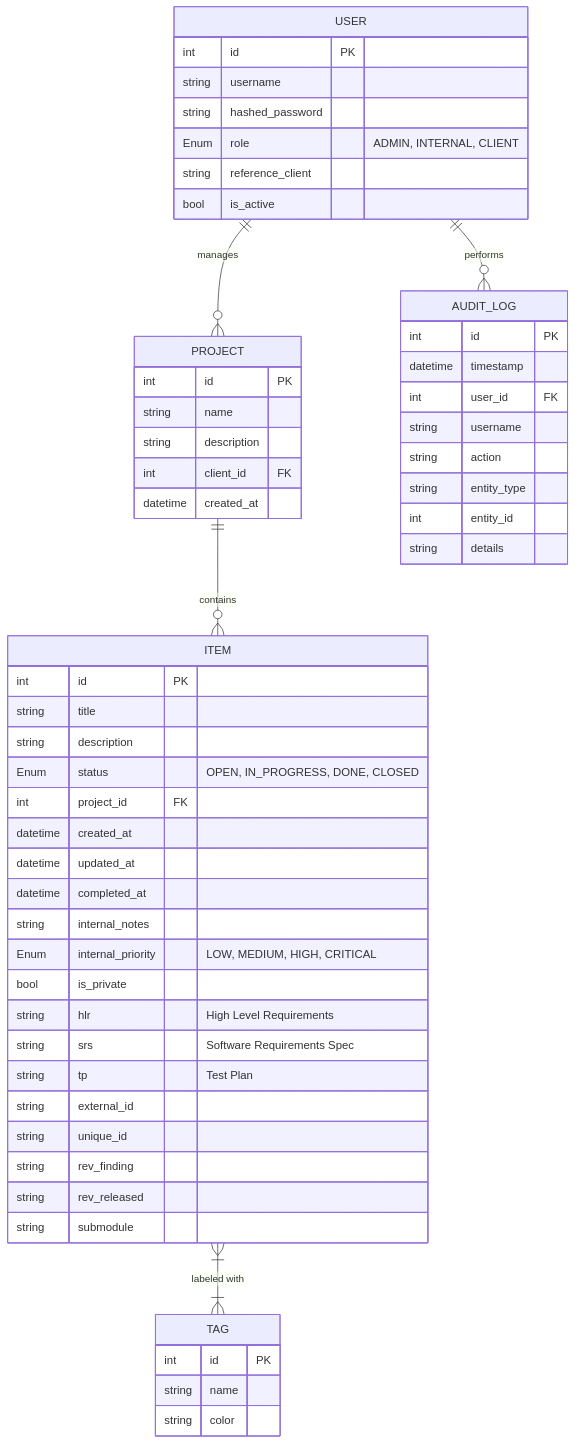
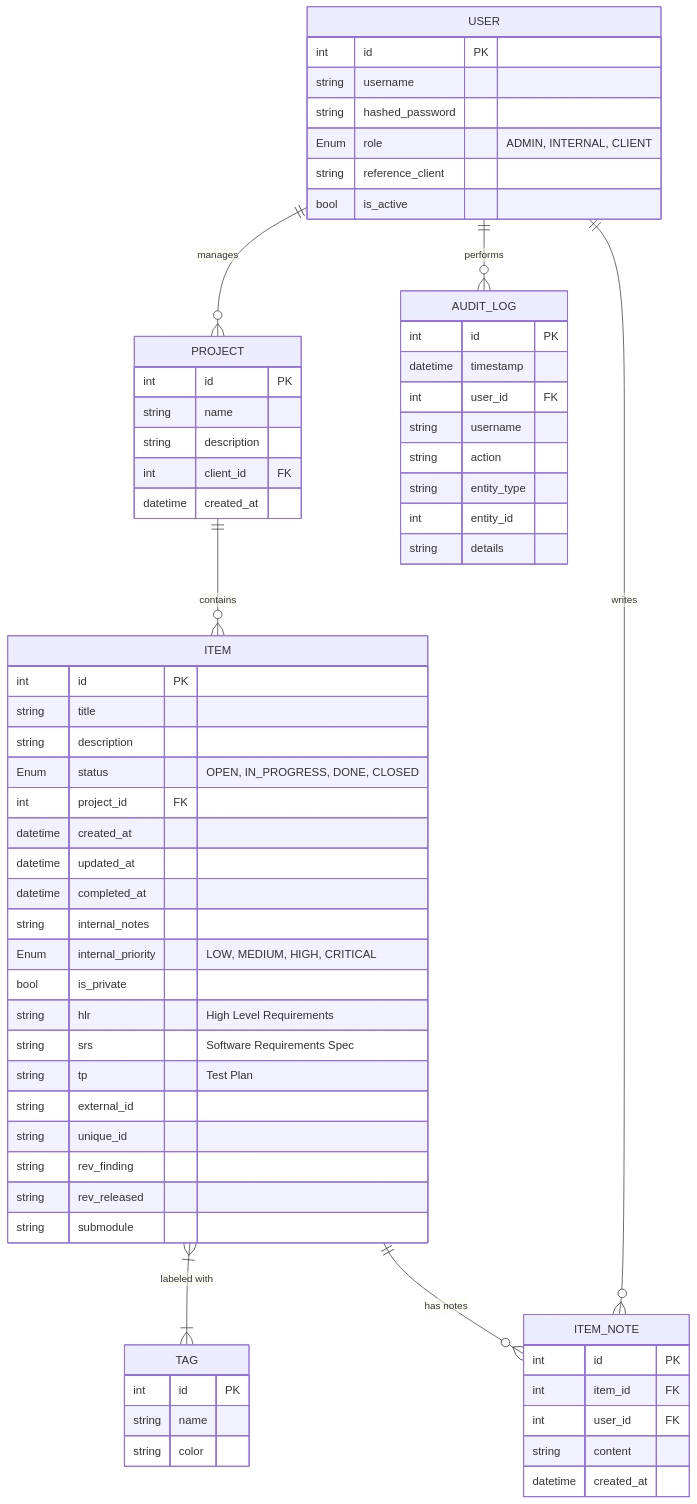
One commit to luca8744/IcebergPM changed the diagram in DB_SCHEMA.md. Above: the diagram before and after it, drawn with Mermaid. The commit also changed other lines of this file and 9 other files, not shown here.

````diff
--- a/DB_SCHEMA.md
+++ b/DB_SCHEMA.md
@@ -7,63 +7,73 @@
 ```mermaid
 erDiagram
     USER ||--o{ PROJECT : "manages"
     USER ||--o{ AUDIT_LOG : "performs"
     PROJECT ||--o{ ITEM : "contains"
     ITEM }|--|{ TAG : "labeled with"
+    ITEM ||--o{ ITEM_NOTE : "has notes"
+    USER ||--o{ ITEM_NOTE : "writes"
     
     USER {
         int id PK
         string username
         string hashed_password
         Enum role "ADMIN, INTERNAL, CLIENT"
         string reference_client
         bool is_active
     }
 
     PROJECT {
         int id PK
         string name
         string description
         int client_id FK
         datetime created_at
     }
 
     ITEM {
         int id PK
         string title
         string description
         Enum status "OPEN, IN_PROGRESS, DONE, CLOSED"
         int project_id FK
         datetime created_at
         datetime updated_at
         datetime completed_at
         string internal_notes
         Enum internal_priority "LOW, MEDIUM, HIGH, CRITICAL"
         bool is_private
         string hlr "High Level Requirements"
         string srs "Software Requirements Spec"
         string tp "Test Plan"
         string external_id
         string unique_id
         string rev_finding
         string rev_released
         string submodule
     }
 
     TAG {
         int id PK
         string name
         string color
     }
 
+    ITEM_NOTE {
+        int id PK
+        int item_id FK
+        int user_id FK
+        string content
+        datetime created_at
+    }
+
     AUDIT_LOG {
         int id PK
         datetime timestamp
         int user_id FK
         string username
         string action
         string entity_type
         int entity_id
         string details
     }
 ```
````
